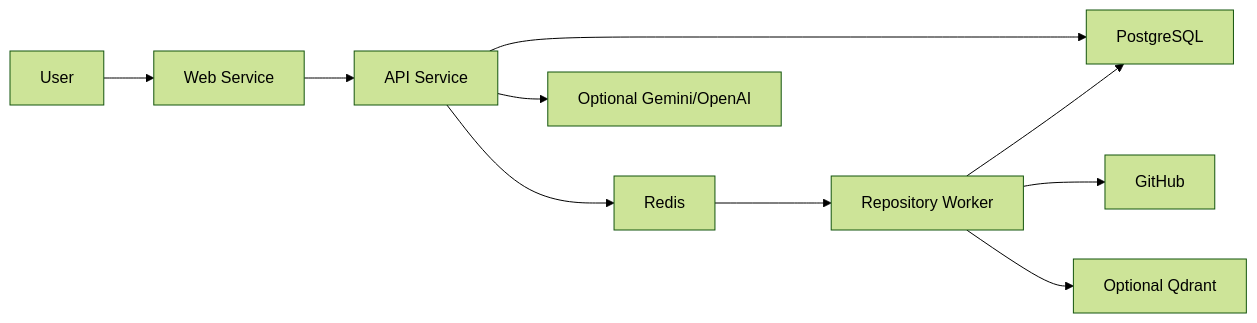
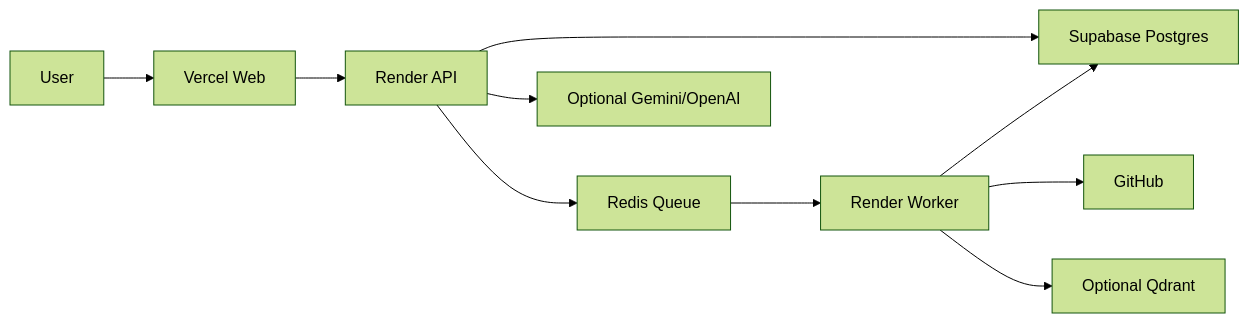
The diagram in docs/DEPLOYMENT.md (Anwar-04/Devlens-AI), drawn with Mermaid (forest theme) before and after one commit. The commit also changed other lines of this file and 1 other file, not shown here.

````diff
--- a/docs/DEPLOYMENT.md
+++ b/docs/DEPLOYMENT.md
@@ -15,12 +17,12 @@
 ```mermaid
 flowchart LR
-  User["User"] --> Web["Web Service"]
-  Web --> API["API Service"]
-  API --> DB["PostgreSQL"]
-  API --> Redis["Redis"]
-  Redis --> Worker["Repository Worker"]
+  User["User"] --> Web["Vercel Web"]
+  Web --> API["Render API"]
+  API --> DB["Supabase Postgres"]
+  API --> Redis["Redis Queue"]
+  Redis --> Worker["Render Worker"]
   Worker --> GitHub["GitHub"]
   Worker --> DB
   Worker --> Search["Optional Qdrant"]
   API --> Provider["Optional Gemini/OpenAI"]
 ```
````
